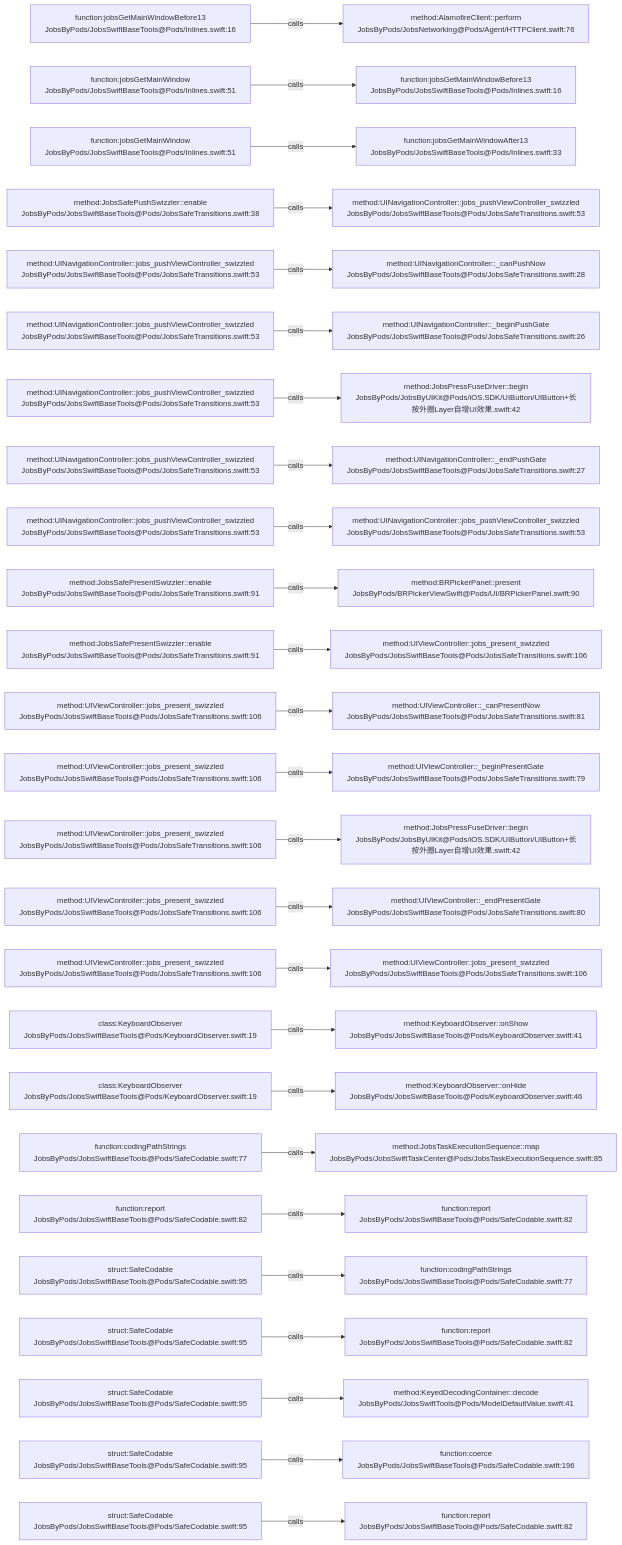
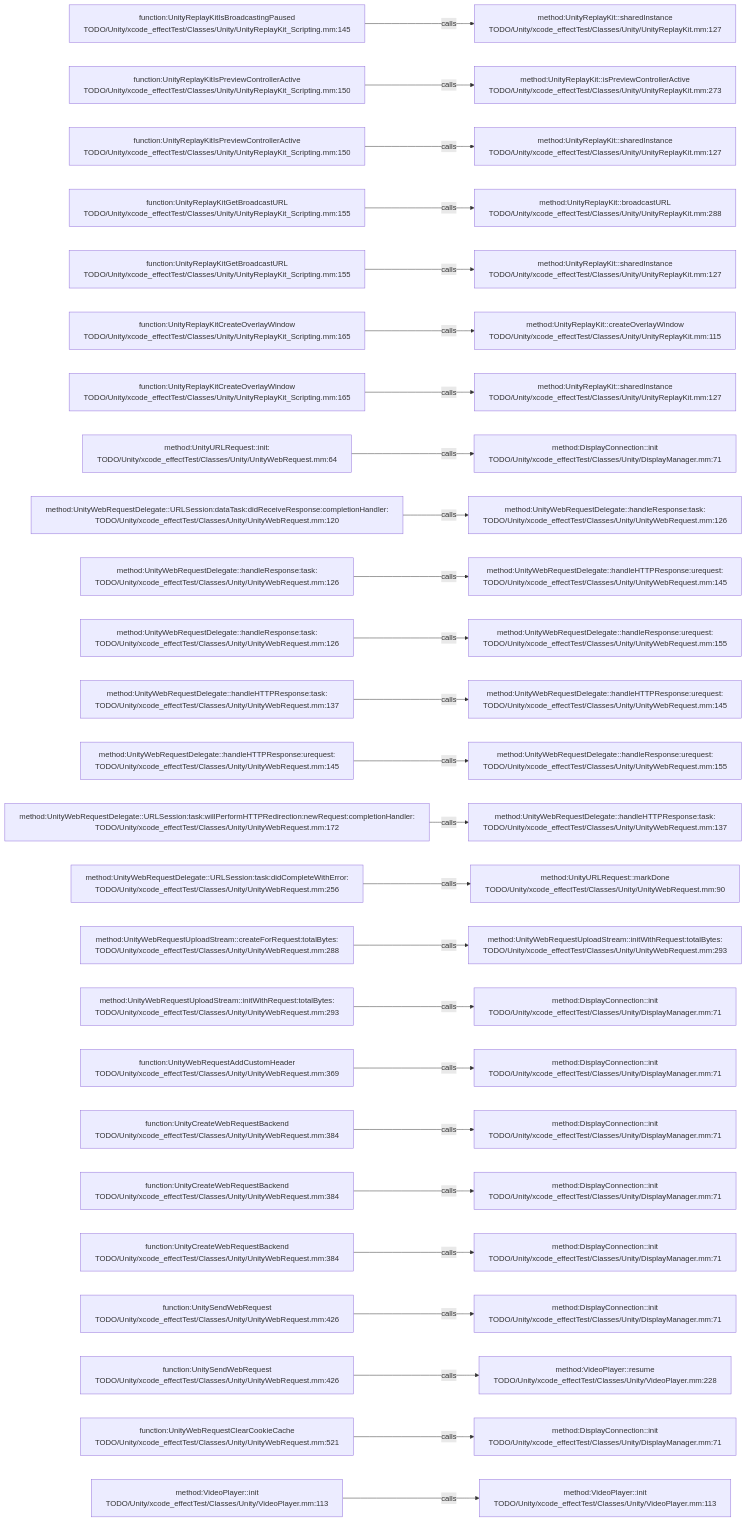
Before and after one commit to JobsKits/JobsSwiftBaseConfigDemo: the diagram in .codegraph/codegraph.md/graphs/calls-045.md, drawn with Mermaid. The commit also changed 227 other files, not shown here.

````diff
--- a/.codegraph/codegraph.md/graphs/calls-045.md
+++ b/.codegraph/codegraph.md/graphs/calls-045.md
@@ -13,78 +13,78 @@
 ```mermaid
 flowchart LR
-  S1["function:jobsGetMainWindowBefore13<br/>JobsByPods/JobsSwiftBaseTools@Pods/Inlines.swift:16"]
-  T1["method:AlamofireClient::perform<br/>JobsByPods/JobsNetworking@Pods/Agent/HTTPClient.swift:76"]
+  S1["function:UnityReplayKitIsBroadcastingPaused<br/>TODO/Unity/xcode_effectTest/Classes/Unity/UnityReplayKit_Scripting.mm:145"]
+  T1["method:UnityReplayKit::sharedInstance<br/>TODO/Unity/xcode_effectTest/Classes/Unity/UnityReplayKit.mm:127"]
   S1 -->|calls| T1
-  S2["function:jobsGetMainWindow<br/>JobsByPods/JobsSwiftBaseTools@Pods/Inlines.swift:51"]
-  T2["function:jobsGetMainWindowBefore13<br/>JobsByPods/JobsSwiftBaseTools@Pods/Inlines.swift:16"]
+  S2["function:UnityReplayKitIsPreviewControllerActive<br/>TODO/Unity/xcode_effectTest/Classes/Unity/UnityReplayKit_Scripting.mm:150"]
+  T2["method:UnityReplayKit::isPreviewControllerActive<br/>TODO/Unity/xcode_effectTest/Classes/Unity/UnityReplayKit.mm:273"]
   S2 -->|calls| T2
-  S3["function:jobsGetMainWindow<br/>JobsByPods/JobsSwiftBaseTools@Pods/Inlines.swift:51"]
-  T3["function:jobsGetMainWindowAfter13<br/>JobsByPods/JobsSwiftBaseTools@Pods/Inlines.swift:33"]
+  S3["function:UnityReplayKitIsPreviewControllerActive<br/>TODO/Unity/xcode_effectTest/Classes/Unity/UnityReplayKit_Scripting.mm:150"]
+  T3["method:UnityReplayKit::sharedInstance<br/>TODO/Unity/xcode_effectTest/Classes/Unity/UnityReplayKit.mm:127"]
   S3 -->|calls| T3
-  S4["method:JobsSafePushSwizzler::enable<br/>JobsByPods/JobsSwiftBaseTools@Pods/JobsSafeTransitions.swift:38"]
-  T4["method:UINavigationController::jobs_pushViewController_swizzled<br/>JobsByPods/JobsSwiftBaseTools@Pods/JobsSafeTransitions.swift:53"]
+  S4["function:UnityReplayKitGetBroadcastURL<br/>TODO/Unity/xcode_effectTest/Classes/Unity/UnityReplayKit_Scripting.mm:155"]
+  T4["method:UnityReplayKit::broadcastURL<br/>TODO/Unity/xcode_effectTest/Classes/Unity/UnityReplayKit.mm:288"]
   S4 -->|calls| T4
-  S5["method:UINavigationController::jobs_pushViewController_swizzled<br/>JobsByPods/JobsSwiftBaseTools@Pods/JobsSafeTransitions.swift:53"]
-  T5["method:UINavigationController::_canPushNow<br/>JobsByPods/JobsSwiftBaseTools@Pods/JobsSafeTransitions.swift:28"]
+  S5["function:UnityReplayKitGetBroadcastURL<br/>TODO/Unity/xcode_effectTest/Classes/Unity/UnityReplayKit_Scripting.mm:155"]
+  T5["method:UnityReplayKit::sharedInstance<br/>TODO/Unity/xcode_effectTest/Classes/Unity/UnityReplayKit.mm:127"]
   S5 -->|calls| T5
-  S6["method:UINavigationController::jobs_pushViewController_swizzled<br/>JobsByPods/JobsSwiftBaseTools@Pods/JobsSafeTransitions.swift:53"]
-  T6["method:UINavigationController::_beginPushGate<br/>JobsByPods/JobsSwiftBaseTools@Pods/JobsSafeTransitions.swift:26"]
+  S6["function:UnityReplayKitCreateOverlayWindow<br/>TODO/Unity/xcode_effectTest/Classes/Unity/UnityReplayKit_Scripting.mm:165"]
+  T6["method:UnityReplayKit::createOverlayWindow<br/>TODO/Unity/xcode_effectTest/Classes/Unity/UnityReplayKit.mm:115"]
   S6 -->|calls| T6
-  S7["method:UINavigationController::jobs_pushViewController_swizzled<br/>JobsByPods/JobsSwiftBaseTools@Pods/JobsSafeTransitions.swift:53"]
-  T7["method:JobsPressFuseDriver::begin<br/>JobsByPods/JobsByUIKit@Pods/iOS.SDK/UIButton/UIButton+长按外圈Layer自增UI效果.swift:42"]
+  S7["function:UnityReplayKitCreateOverlayWindow<br/>TODO/Unity/xcode_effectTest/Classes/Unity/UnityReplayKit_Scripting.mm:165"]
+  T7["method:UnityReplayKit::sharedInstance<br/>TODO/Unity/xcode_effectTest/Classes/Unity/UnityReplayKit.mm:127"]
   S7 -->|calls| T7
-  S8["method:UINavigationController::jobs_pushViewController_swizzled<br/>JobsByPods/JobsSwiftBaseTools@Pods/JobsSafeTransitions.swift:53"]
-  T8["method:UINavigationController::_endPushGate<br/>JobsByPods/JobsSwiftBaseTools@Pods/JobsSafeTransitions.swift:27"]
+  S8["method:UnityURLRequest::init:<br/>TODO/Unity/xcode_effectTest/Classes/Unity/UnityWebRequest.mm:64"]
+  T8["method:DisplayConnection::init<br/>TODO/Unity/xcode_effectTest/Classes/Unity/DisplayManager.mm:71"]
   S8 -->|calls| T8
-  S9["method:UINavigationController::jobs_pushViewController_swizzled<br/>JobsByPods/JobsSwiftBaseTools@Pods/JobsSafeTransitions.swift:53"]
-  T9["method:UINavigationController::jobs_pushViewController_swizzled<br/>JobsByPods/JobsSwiftBaseTools@Pods/JobsSafeTransitions.swift:53"]
+  S9["method:UnityWebRequestDelegate::URLSession:dataTask:didReceiveResponse:completionHandler:<br/>TODO/Unity/xcode_effectTest/Classes/Unity/UnityWebRequest.mm:120"]
+  T9["method:UnityWebRequestDelegate::handleResponse:task:<br/>TODO/Unity/xcode_effectTest/Classes/Unity/UnityWebRequest.mm:126"]
   S9 -->|calls| T9
-  S10["method:JobsSafePresentSwizzler::enable<br/>JobsByPods/JobsSwiftBaseTools@Pods/JobsSafeTransitions.swift:91"]
-  T10["method:BRPickerPanel::present<br/>JobsByPods/BRPickerViewSwift@Pods/UI/BRPickerPanel.swift:90"]
+  S10["method:UnityWebRequestDelegate::handleResponse:task:<br/>TODO/Unity/xcode_effectTest/Classes/Unity/UnityWebRequest.mm:126"]
+  T10["method:UnityWebRequestDelegate::handleHTTPResponse:urequest:<br/>TODO/Unity/xcode_effectTest/Classes/Unity/UnityWebRequest.mm:145"]
   S10 -->|calls| T10
-  S11["method:JobsSafePresentSwizzler::enable<br/>JobsByPods/JobsSwiftBaseTools@Pods/JobsSafeTransitions.swift:91"]
-  T11["method:UIViewController::jobs_present_swizzled<br/>JobsByPods/JobsSwiftBaseTools@Pods/JobsSafeTransitions.swift:106"]
+  S11["method:UnityWebRequestDelegate::handleResponse:task:<br/>TODO/Unity/xcode_effectTest/Classes/Unity/UnityWebRequest.mm:126"]
+  T11["method:UnityWebRequestDelegate::handleResponse:urequest:<br/>TODO/Unity/xcode_effectTest/Classes/Unity/UnityWebRequest.mm:155"]
   S11 -->|calls| T11
-  S12["method:UIViewController::jobs_present_swizzled<br/>JobsByPods/JobsSwiftBaseTools@Pods/JobsSafeTransitions.swift:106"]
-  T12["method:UIViewController::_canPresentNow<br/>JobsByPods/JobsSwiftBaseTools@Pods/JobsSafeTransitions.swift:81"]
+  S12["method:UnityWebRequestDelegate::handleHTTPResponse:task:<br/>TODO/Unity/xcode_effectTest/Classes/Unity/UnityWebRequest.mm:137"]
+  T12["method:UnityWebRequestDelegate::handleHTTPResponse:urequest:<br/>TODO/Unity/xcode_effectTest/Classes/Unity/UnityWebRequest.mm:145"]
   S12 -->|calls| T12
-  S13["method:UIViewController::jobs_present_swizzled<br/>JobsByPods/JobsSwiftBaseTools@Pods/JobsSafeTransitions.swift:106"]
-  T13["method:UIViewController::_beginPresentGate<br/>JobsByPods/JobsSwiftBaseTools@Pods/JobsSafeTransitions.swift:79"]
+  S13["method:UnityWebRequestDelegate::handleHTTPResponse:urequest:<br/>TODO/Unity/xcode_effectTest/Classes/Unity/UnityWebRequest.mm:145"]
+  T13["method:UnityWebRequestDelegate::handleResponse:urequest:<br/>TODO/Unity/xcode_effectTest/Classes/Unity/UnityWebRequest.mm:155"]
   S13 -->|calls| T13
-  S14["method:UIViewController::jobs_present_swizzled<br/>JobsByPods/JobsSwiftBaseTools@Pods/JobsSafeTransitions.swift:106"]
-  T14["method:JobsPressFuseDriver::begin<br/>JobsByPods/JobsByUIKit@Pods/iOS.SDK/UIButton/UIButton+长按外圈Layer自增UI效果.swift:42"]
+  S14["method:UnityWebRequestDelegate::URLSession:task:willPerformHTTPRedirection:newRequest:completionHandler:<br/>TODO/Unity/xcode_effectTest/Classes/Unity/UnityWebRequest.mm:172"]
+  T14["method:UnityWebRequestDelegate::handleHTTPResponse:task:<br/>TODO/Unity/xcode_effectTest/Classes/Unity/UnityWebRequest.mm:137"]
   S14 -->|calls| T14
-  S15["method:UIViewController::jobs_present_swizzled<br/>JobsByPods/JobsSwiftBaseTools@Pods/JobsSafeTransitions.swift:106"]
-  T15["method:UIViewController::_endPresentGate<br/>JobsByPods/JobsSwiftBaseTools@Pods/JobsSafeTransitions.swift:80"]
+  S15["method:UnityWebRequestDelegate::URLSession:task:didCompleteWithError:<br/>TODO/Unity/xcode_effectTest/Classes/Unity/UnityWebRequest.mm:256"]
+  T15["method:UnityURLRequest::markDone<br/>TODO/Unity/xcode_effectTest/Classes/Unity/UnityWebRequest.mm:90"]
   S15 -->|calls| T15
-  S16["method:UIViewController::jobs_present_swizzled<br/>JobsByPods/JobsSwiftBaseTools@Pods/JobsSafeTransitions.swift:106"]
-  T16["method:UIViewController::jobs_present_swizzled<br/>JobsByPods/JobsSwiftBaseTools@Pods/JobsSafeTransitions.swift:106"]
+  S16["method:UnityWebRequestUploadStream::createForRequest:totalBytes:<br/>TODO/Unity/xcode_effectTest/Classes/Unity/UnityWebRequest.mm:288"]
+  T16["method:UnityWebRequestUploadStream::initWithRequest:totalBytes:<br/>TODO/Unity/xcode_effectTest/Classes/Unity/UnityWebRequest.mm:293"]
   S16 -->|calls| T16
-  S17["class:KeyboardObserver<br/>JobsByPods/JobsSwiftBaseTools@Pods/KeyboardObserver.swift:19"]
-  T17["method:KeyboardObserver::onShow<br/>JobsByPods/JobsSwiftBaseTools@Pods/KeyboardObserver.swift:41"]
+  S17["method:UnityWebRequestUploadStream::initWithRequest:totalBytes:<br/>TODO/Unity/xcode_effectTest/Classes/Unity/UnityWebRequest.mm:293"]
+  T17["method:DisplayConnection::init<br/>TODO/Unity/xcode_effectTest/Classes/Unity/DisplayManager.mm:71"]
   S17 -->|calls| T17
-  S18["class:KeyboardObserver<br/>JobsByPods/JobsSwiftBaseTools@Pods/KeyboardObserver.swift:19"]
-  T18["method:KeyboardObserver::onHide<br/>JobsByPods/JobsSwiftBaseTools@Pods/KeyboardObserver.swift:46"]
+  S18["function:UnityWebRequestAddCustomHeader<br/>TODO/Unity/xcode_effectTest/Classes/Unity/UnityWebRequest.mm:369"]
+  T18["method:DisplayConnection::init<br/>TODO/Unity/xcode_effectTest/Classes/Unity/DisplayManager.mm:71"]
   S18 -->|calls| T18
-  S19["function:codingPathStrings<br/>JobsByPods/JobsSwiftBaseTools@Pods/SafeCodable.swift:77"]
-  T19["method:JobsTaskExecutionSequence::map<br/>JobsByPods/JobsSwiftTaskCenter@Pods/JobsTaskExecutionSequence.swift:85"]
+  S19["function:UnityCreateWebRequestBackend<br/>TODO/Unity/xcode_effectTest/Classes/Unity/UnityWebRequest.mm:384"]
+  T19["method:DisplayConnection::init<br/>TODO/Unity/xcode_effectTest/Classes/Unity/DisplayManager.mm:71"]
   S19 -->|calls| T19
-  S20["function:report<br/>JobsByPods/JobsSwiftBaseTools@Pods/SafeCodable.swift:82"]
-  T20["function:report<br/>JobsByPods/JobsSwiftBaseTools@Pods/SafeCodable.swift:82"]
+  S20["function:UnityCreateWebRequestBackend<br/>TODO/Unity/xcode_effectTest/Classes/Unity/UnityWebRequest.mm:384"]
+  T20["method:DisplayConnection::init<br/>TODO/Unity/xcode_effectTest/Classes/Unity/DisplayManager.mm:71"]
   S20 -->|calls| T20
-  S21["struct:SafeCodable<br/>JobsByPods/JobsSwiftBaseTools@Pods/SafeCodable.swift:95"]
-  T21["function:codingPathStrings<br/>JobsByPods/JobsSwiftBaseTools@Pods/SafeCodable.swift:77"]
+  S21["function:UnityCreateWebRequestBackend<br/>TODO/Unity/xcode_effectTest/Classes/Unity/UnityWebRequest.mm:384"]
+  T21["method:DisplayConnection::init<br/>TODO/Unity/xcode_effectTest/Classes/Unity/DisplayManager.mm:71"]
   S21 -->|calls| T21
-  S22["struct:SafeCodable<br/>JobsByPods/JobsSwiftBaseTools@Pods/SafeCodable.swift:95"]
-  T22["function:report<br/>JobsByPods/JobsSwiftBaseTools@Pods/SafeCodable.swift:82"]
+  S22["function:UnitySendWebRequest<br/>TODO/Unity/xcode_effectTest/Classes/Unity/UnityWebRequest.mm:426"]
+  T22["method:DisplayConnection::init<br/>TODO/Unity/xcode_effectTest/Classes/Unity/DisplayManager.mm:71"]
   S22 -->|calls| T22
-  S23["struct:SafeCodable<br/>JobsByPods/JobsSwiftBaseTools@Pods/SafeCodable.swift:95"]
-  T23["method:KeyedDecodingContainer::decode<br/>JobsByPods/JobsSwiftTools@Pods/ModelDefaultValue.swift:41"]
+  S23["function:UnitySendWebRequest<br/>TODO/Unity/xcode_effectTest/Classes/Unity/UnityWebRequest.mm:426"]
+  T23["method:VideoPlayer::resume<br/>TODO/Unity/xcode_effectTest/Classes/Unity/VideoPlayer.mm:228"]
   S23 -->|calls| T23
-  S24["struct:SafeCodable<br/>JobsByPods/JobsSwiftBaseTools@Pods/SafeCodable.swift:95"]
-  T24["function:coerce<br/>JobsByPods/JobsSwiftBaseTools@Pods/SafeCodable.swift:196"]
+  S24["function:UnityWebRequestClearCookieCache<br/>TODO/Unity/xcode_effectTest/Classes/Unity/UnityWebRequest.mm:521"]
+  T24["method:DisplayConnection::init<br/>TODO/Unity/xcode_effectTest/Classes/Unity/DisplayManager.mm:71"]
   S24 -->|calls| T24
-  S25["struct:SafeCodable<br/>JobsByPods/JobsSwiftBaseTools@Pods/SafeCodable.swift:95"]
-  T25["function:report<br/>JobsByPods/JobsSwiftBaseTools@Pods/SafeCodable.swift:82"]
+  S25["method:VideoPlayer::init<br/>TODO/Unity/xcode_effectTest/Classes/Unity/VideoPlayer.mm:113"]
+  T25["method:VideoPlayer::init<br/>TODO/Unity/xcode_effectTest/Classes/Unity/VideoPlayer.mm:113"]
   S25 -->|calls| T25
 ```
````
